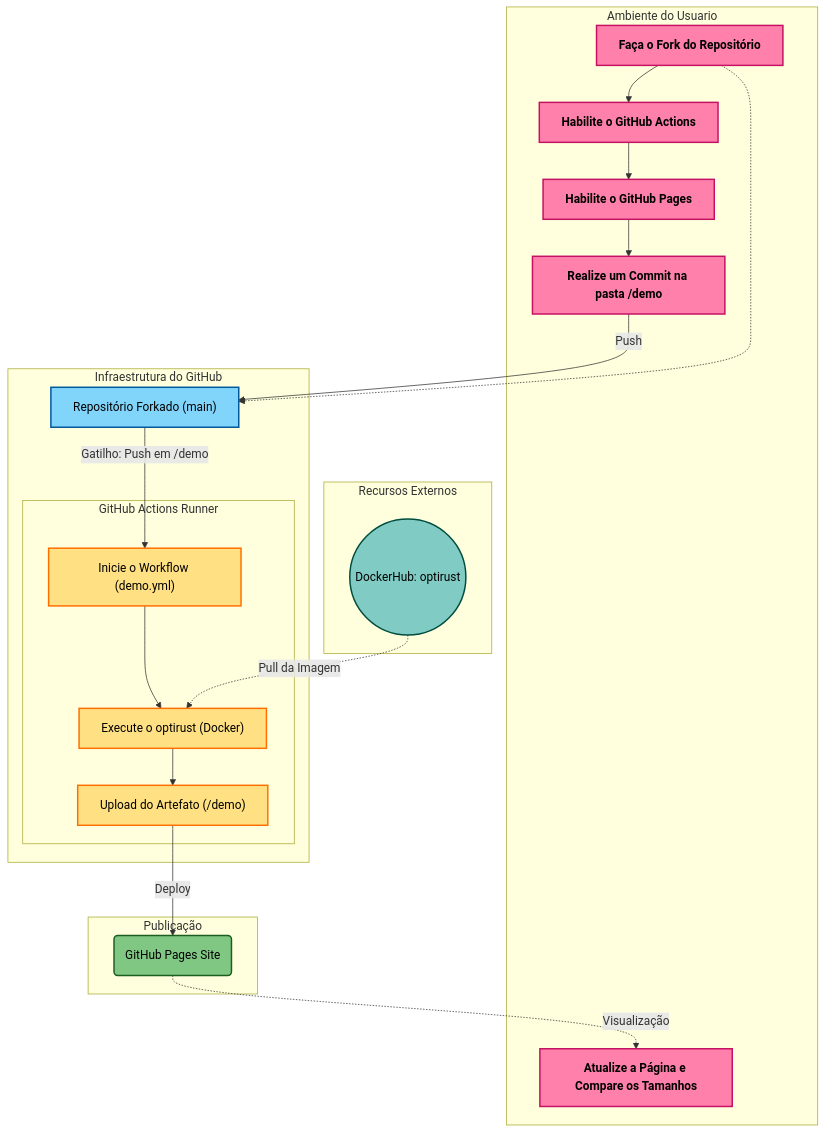
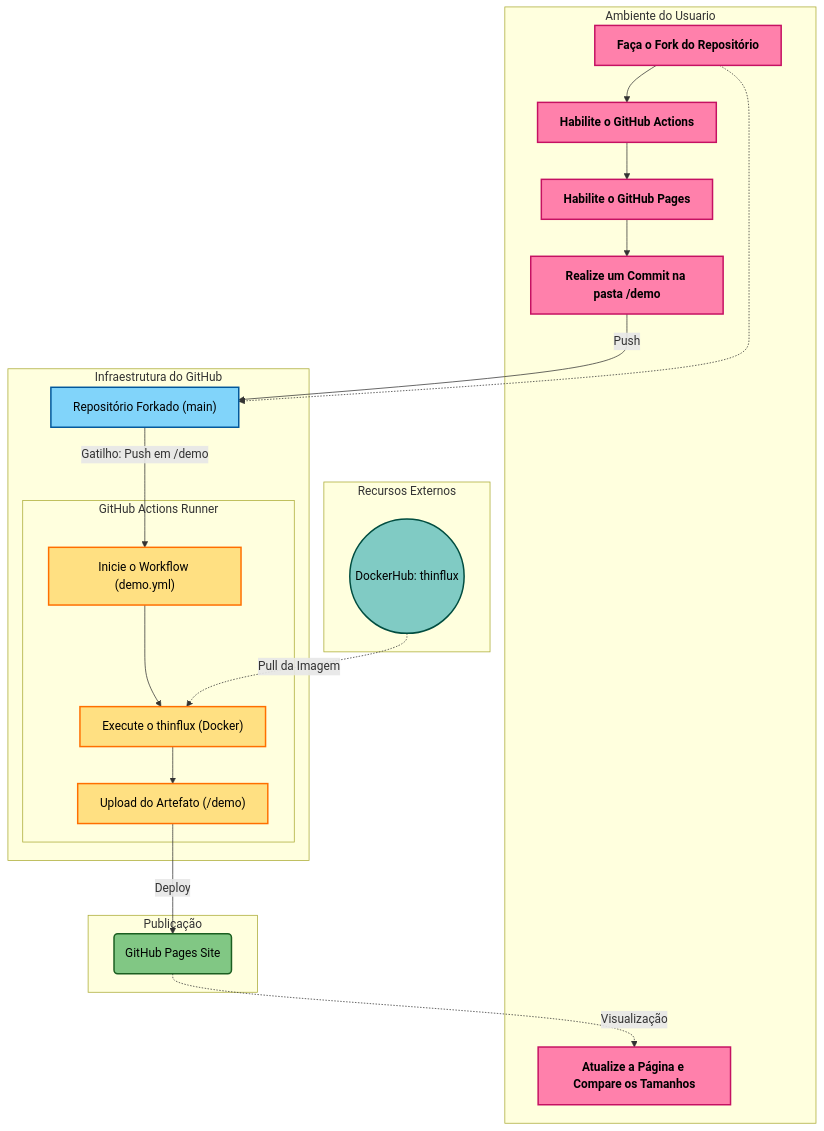
Before and after one commit to rgermangn/optirust: the diagram in README.md, drawn with Mermaid. The commit also changed other lines of this file and 10 other files, not shown here.

````diff
--- a/README.md
+++ b/README.md
@@ -181,40 +181,40 @@
 ```mermaid
 graph TD
     %% Estilos de Alto Contraste Coloridos
     %% Forçamos o texto a ser preto (#000) ou branco (#fff) para contraste.
     classDef default fill:#fff,stroke:#000,stroke-width:1px,color:#000;
     classDef user fill:#ff80ab,stroke:#c51162,stroke-width:2px,color:#000,font-weight:bold;
     classDef git fill:#81d4fa,stroke:#01579b,stroke-width:2px,color:#000;
     classDef actions fill:#ffe082,stroke:#ff6f00,stroke-width:2px,color:#000;
     classDef docker fill:#80cbc4,stroke:#004d40,stroke-width:2px,color:#000;
     classDef pages fill:#81c784,stroke:#1b5e20,stroke-width:2px,color:#000;
 
     subgraph Ambiente_Usuario [Ambiente do Usuario]
         U1["Faça o Fork do Repositório"]:::user --> U2["Habilite o GitHub Actions"]:::user
         U2 --> U3["Habilite o GitHub Pages"]:::user
         U3 --> U4["Realize um Commit na pasta /demo"]:::user
         U6["Atualize a Página e Compare os Tamanhos"]:::user
     end
 
     subgraph GitHub_Infra [Infraestrutura do GitHub]
         G1["Repositório Forkado (main)"]:::git -->|Gatilho: Push em /demo| A1
         U4 -->|Push| G1
         
         subgraph GActions [GitHub Actions Runner]
-            A1["Inicie o Workflow (demo.yml)"]:::actions --> A2["Execute o optirust (Docker)"]:::actions
+            A1["Inicie o Workflow (demo.yml)"]:::actions --> A2["Execute o thinflux (Docker)"]:::actions
             A2 --> A3["Upload do Artefato (/demo)"]:::actions
         end
     end
 
     subgraph Recursos_Externos [Recursos Externos]
-        D1(("DockerHub: optirust")):::docker -.->|Pull da Imagem| A2
+        D1(("DockerHub: thinflux")):::docker -.->|Pull da Imagem| A2
     end
 
     subgraph Publicacao [Publicação]
         A3 -->|Deploy| P1("GitHub Pages Site"):::pages
         P1 -.->|Visualização| U6
     end
 
     %% Relacionamentos
     U1 -.-> G1
 ```
````
